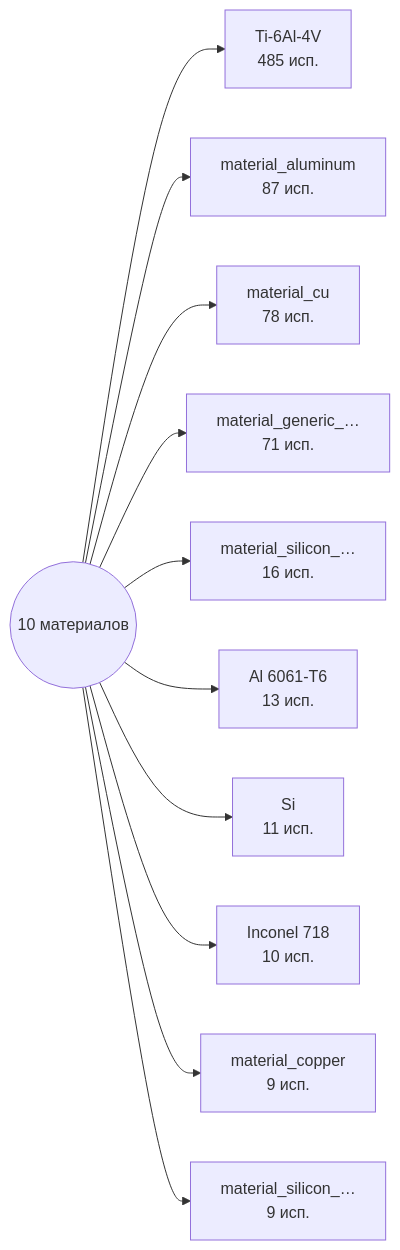
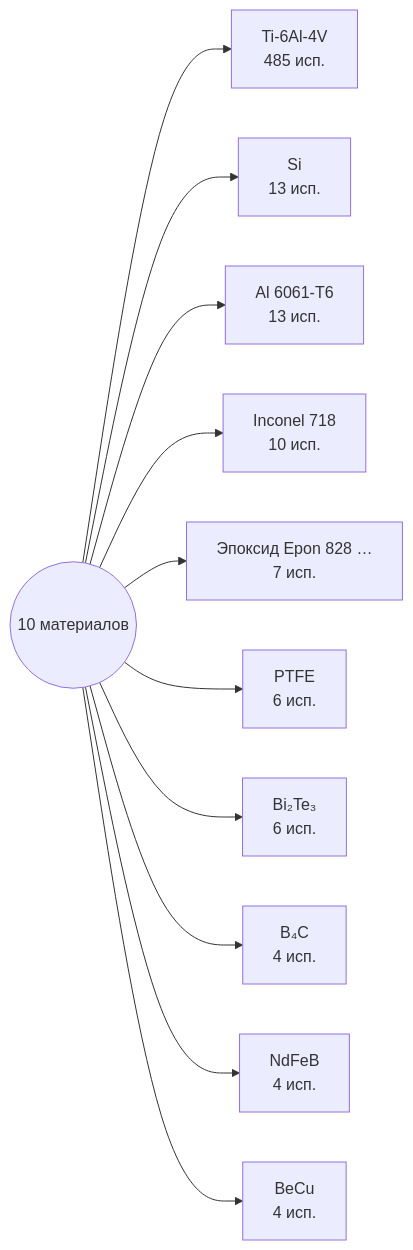
The diagram in graphs/mermaid/graph1_materials.md (a-m-e-n-t-e-t/SkyNet), drawn with Mermaid before and after one commit. The commit also changed other lines of this file and 193 other files, not shown here.

First line of the commit message:
fix(graphs): uses_material матчинг, researched_by для изделий, dangling-фильтр, YAML-фиксы

````diff
--- a/graphs/mermaid/graph1_materials.md
+++ b/graphs/mermaid/graph1_materials.md
@@ -3,24 +3,24 @@
 ```mermaid
 graph LR
     ROOT((10 материалов))
     M0[Ti-6Al-4V<br/>485 исп.]
     ROOT --> M0
-    M1[material_aluminum<br/>87 исп.]
+    M1[Si<br/>13 исп.]
     ROOT --> M1
-    M2[material_cu<br/>78 исп.]
+    M2[Al 6061-T6<br/>13 исп.]
     ROOT --> M2
-    M3[material_generic_…<br/>71 исп.]
+    M3[Inconel 718<br/>10 исп.]
     ROOT --> M3
-    M4[material_silicon_…<br/>16 исп.]
+    M4[Эпоксид Epon 828 …<br/>7 исп.]
     ROOT --> M4
-    M5[Al 6061-T6<br/>13 исп.]
+    M5[PTFE<br/>6 исп.]
     ROOT --> M5
-    M6[Si<br/>11 исп.]
+    M6[Bi₂Te₃<br/>6 исп.]
     ROOT --> M6
-    M7[Inconel 718<br/>10 исп.]
+    M7[B₄C<br/>4 исп.]
     ROOT --> M7
-    M8[material_copper<br/>9 исп.]
+    M8[NdFeB<br/>4 исп.]
     ROOT --> M8
-    M9[material_silicon_…<br/>9 исп.]
+    M9[BeCu<br/>4 исп.]
     ROOT --> M9
 ```
````
